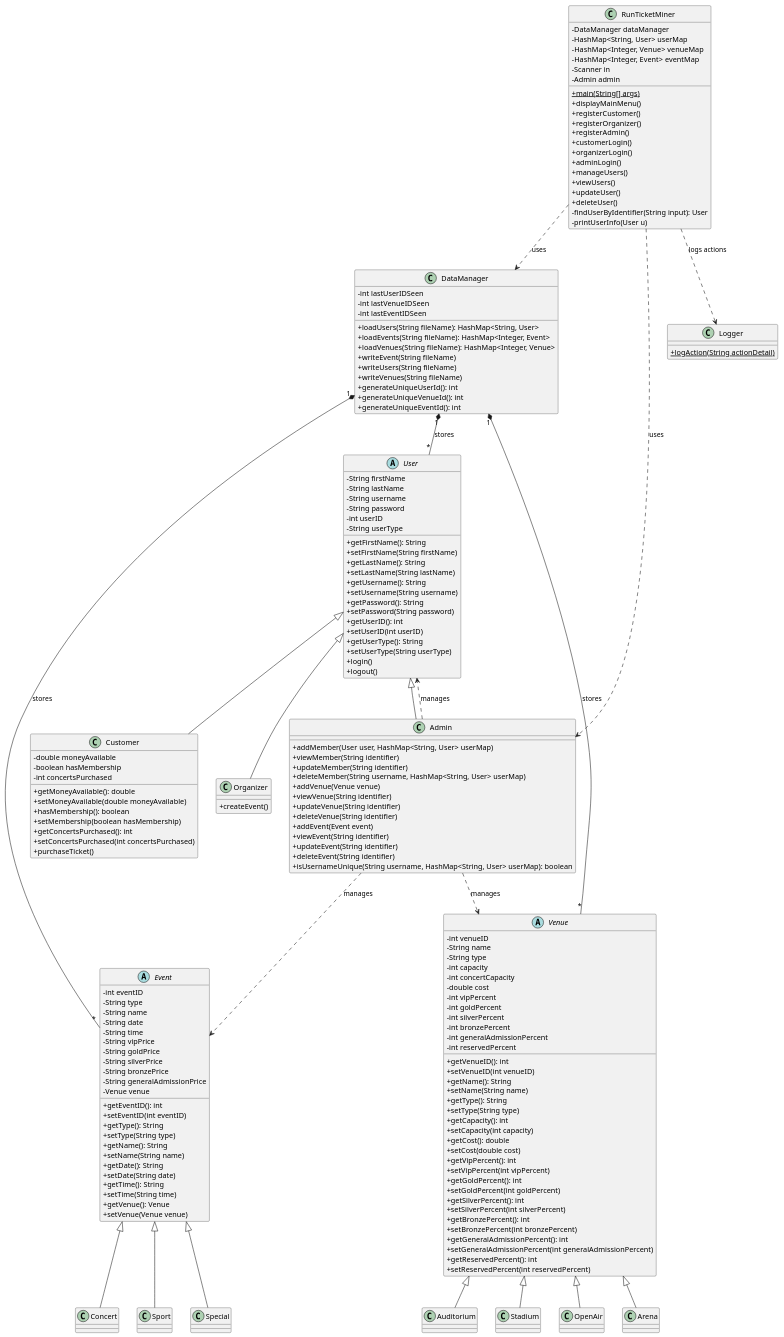
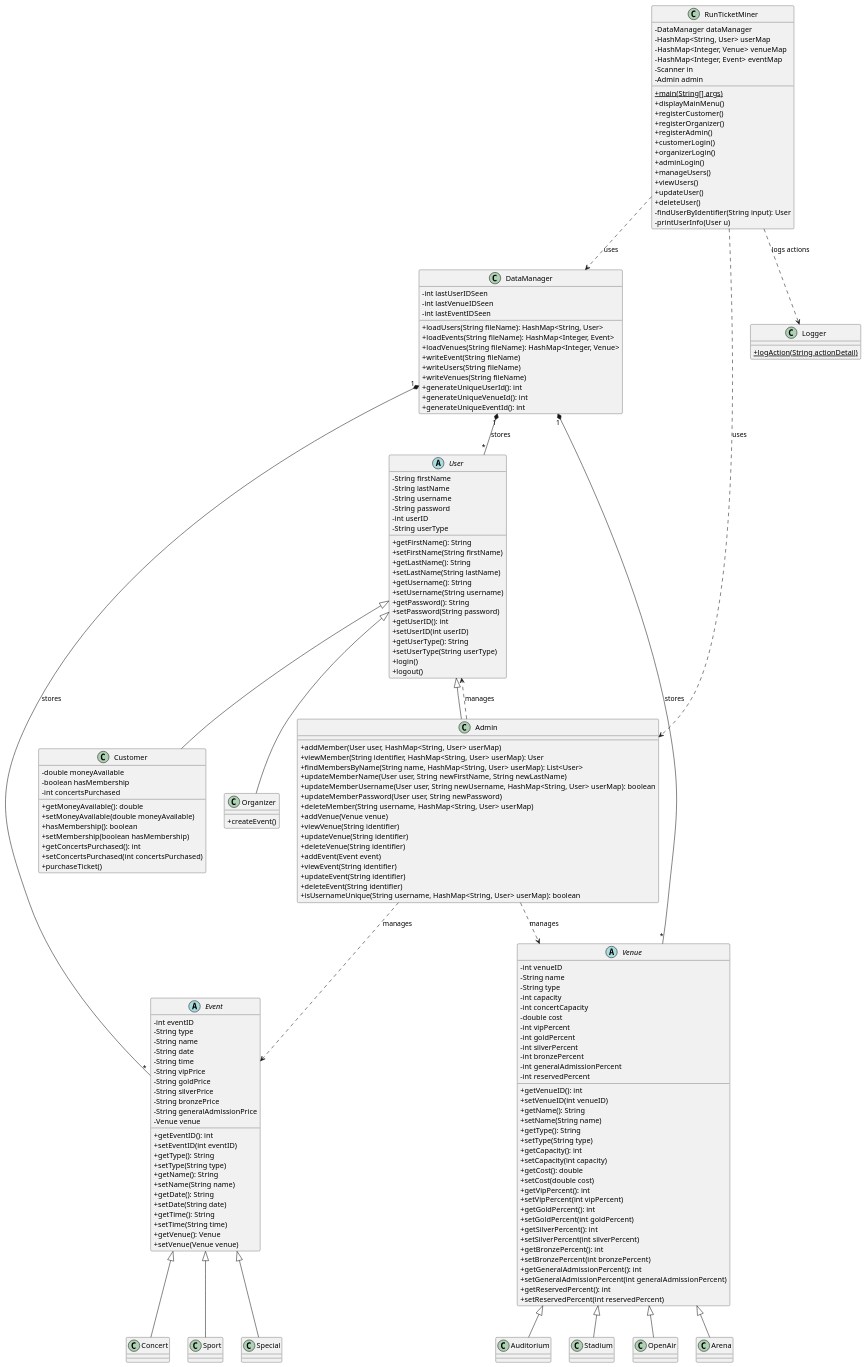
Before and after one commit to jluna4072/TicketMiner: the diagram in ClassDiagram.puml, drawn with PlantUML. The commit also changed 2 other files, not shown here.

Commit message:
Refactor Admin class to enhance member management methods; update viewMember to accept userMap and add findMembersByName, updateMemberName, updateMemberUsername, and updateMemberPassword methods.

```diff
--- a/ClassDiagram.puml
+++ b/ClassDiagram.puml
@@ -1,192 +1,195 @@
 @startuml ClassDiagram
 skinparam classAttributeIconSize 0
 
 abstract class User {
     - String firstName
     - String lastName
     - String username
     - String password
     - int userID
     - String userType
     + getFirstName(): String
     + setFirstName(String firstName)
     + getLastName(): String
     + setLastName(String lastName)
     + getUsername(): String
     + setUsername(String username)
     + getPassword(): String
     + setPassword(String password)
     + getUserID(): int
     + setUserID(int userID)
     + getUserType(): String
     + setUserType(String userType)
     + login()
     + logout()
 }
 class Customer {
     - double moneyAvailable
     - boolean hasMembership
     - int concertsPurchased
     + getMoneyAvailable(): double
     + setMoneyAvailable(double moneyAvailable)
     + hasMembership(): boolean
     + setMembership(boolean hasMembership)
     + getConcertsPurchased(): int
     + setConcertsPurchased(int concertsPurchased)
     + purchaseTicket()
 }
 
 class Organizer {
     + createEvent()
 }
 
 class Admin {
     + addMember(User user, HashMap<String, User> userMap)
-    + viewMember(String identifier)
-    + updateMember(String identifier)
+    + viewMember(String identifier, HashMap<String, User> userMap): User
+    + findMembersByName(String name, HashMap<String, User> userMap): List<User>
+    + updateMemberName(User user, String newFirstName, String newLastName)
+    + updateMemberUsername(User user, String newUsername, HashMap<String, User> userMap): boolean
+    + updateMemberPassword(User user, String newPassword)
     + deleteMember(String username, HashMap<String, User> userMap)
     + addVenue(Venue venue)
     + viewVenue(String identifier)
     + updateVenue(String identifier)
     + deleteVenue(String identifier)
     + addEvent(Event event)
     + viewEvent(String identifier)
     + updateEvent(String identifier)
     + deleteEvent(String identifier)
     + isUsernameUnique(String username, HashMap<String, User> userMap): boolean
 }
 
 abstract class Event {
     - int eventID
     - String type
     - String name
     - String date
     - String time
     - String vipPrice
     - String goldPrice
     - String silverPrice
     - String bronzePrice
     - String generalAdmissionPrice
     - Venue venue
     + getEventID(): int
     + setEventID(int eventID)
     + getType(): String
     + setType(String type)
     + getName(): String
     + setName(String name)
     + getDate(): String
     + setDate(String date)
     + getTime(): String
     + setTime(String time)
     + getVenue(): Venue
     + setVenue(Venue venue)
 }
 
 class Concert extends Event
 class Sport extends Event
 class Special extends Event
 
 abstract class Venue {
     - int venueID
     - String name
     - String type
     - int capacity
     - int concertCapacity
     - double cost
     - int vipPercent
     - int goldPercent
     - int silverPercent
     - int bronzePercent
     - int generalAdmissionPercent
     - int reservedPercent
     + getVenueID(): int
     + setVenueID(int venueID)
     + getName(): String
     + setName(String name)
     + getType(): String
     + setType(String type)
     + getCapacity(): int
     + setCapacity(int capacity)
     + getCost(): double
     + setCost(double cost)
     + getVipPercent(): int
     + setVipPercent(int vipPercent)
     + getGoldPercent(): int
     + setGoldPercent(int goldPercent)
     + getSilverPercent(): int
     + setSilverPercent(int silverPercent)
     + getBronzePercent(): int
     + setBronzePercent(int bronzePercent)
     + getGeneralAdmissionPercent(): int
     + setGeneralAdmissionPercent(int generalAdmissionPercent)
     + getReservedPercent(): int
     + setReservedPercent(int reservedPercent)
 }
 
 class Arena extends Venue
 class Auditorium extends Venue
 class Stadium extends Venue
 class OpenAir extends Venue
 
 class RunTicketMiner {
     - DataManager dataManager
     - HashMap<String, User> userMap
     - HashMap<Integer, Venue> venueMap
     - HashMap<Integer, Event> eventMap
     - Scanner in
     - Admin admin
     + {static} main(String[] args)
     + displayMainMenu()
     + registerCustomer()
     + registerOrganizer()
     + registerAdmin()
     + customerLogin()
     + organizerLogin()
     + adminLogin()
     + manageUsers()
     + viewUsers()
     + updateUser()
     + deleteUser()
     - findUserByIdentifier(String input): User
     - printUserInfo(User u)
 }
 
 class DataManager {
     - int lastUserIDSeen
     - int lastVenueIDSeen
     - int lastEventIDSeen
     + loadUsers(String fileName): HashMap<String, User>
     + loadEvents(String fileName): HashMap<Integer, Event>
     + loadVenues(String fileName): HashMap<Integer, Venue>
     + writeEvent(String fileName)
     + writeUsers(String fileName)
     + writeVenues(String fileName)
     + generateUniqueUserId(): int
     + generateUniqueVenueId(): int
     + generateUniqueEventId(): int
 }
 
 class Logger {
     + {static} logAction(String actionDetail)
 }
 
 ' --- Relationships ---
 
 ' Inheritance
 User <|-- Customer
 User <|-- Organizer
 User <|-- Admin
 
 ' Aggregation / Composition 
 DataManager "1" *-- "*" User : stores
 DataManager "1" *-- "*" Event : stores
 DataManager "1" *-- "*" Venue : stores
 
 ' Dependencies
 Admin ..> User : manages
 Admin ..> Venue : manages
 Admin ..> Event : manages
 RunTicketMiner ..> DataManager : uses
 RunTicketMiner ..> Admin : uses
 RunTicketMiner ..> Logger : logs actions
 @enduml
```
